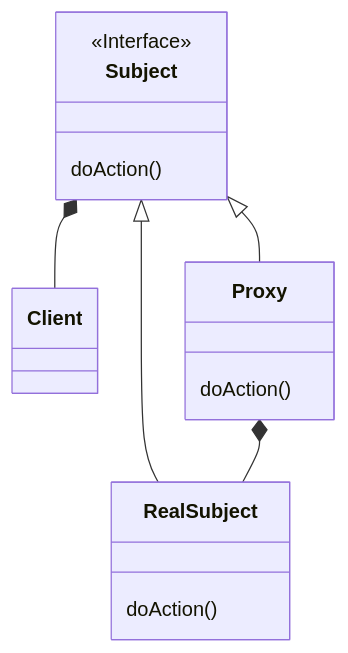
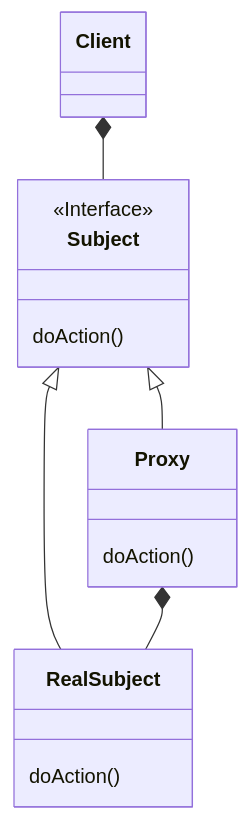
The diagram in design_pattern_practice/src/structural/proxy/readme.md (AhmedGharib0014/design_pattern_practice), drawn with Mermaid before and after one commit.

Commit message:
fix:uml for proxy pattern

````diff
--- a/design_pattern_practice/src/structural/proxy/readme.md
+++ b/design_pattern_practice/src/structural/proxy/readme.md
@@ -14,21 +14,21 @@
 ```mermaid
  classDiagram
-    Subject *-- Client
+    Client *-- Subject
     Subject <|-- Proxy
     Subject <|--RealSubject
     Proxy *-- RealSubject
     
     class Subject {
      doAction()
     } 
     
     <<Interface>>  Subject
     
     class RealSubject {
        doAction()
     }
     
     class Proxy {
          doAction()
     }
 ```
````
